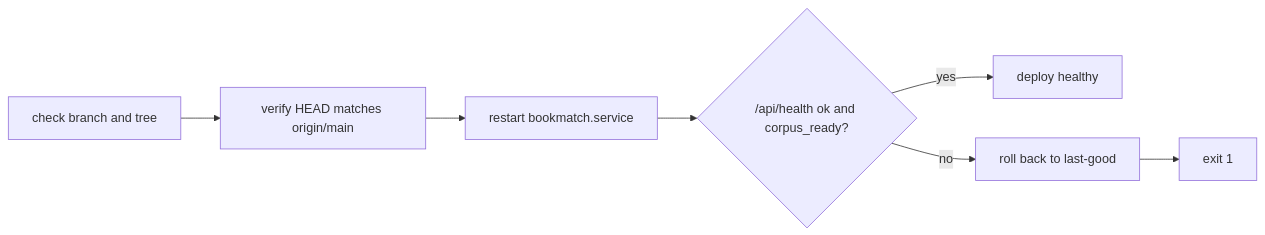
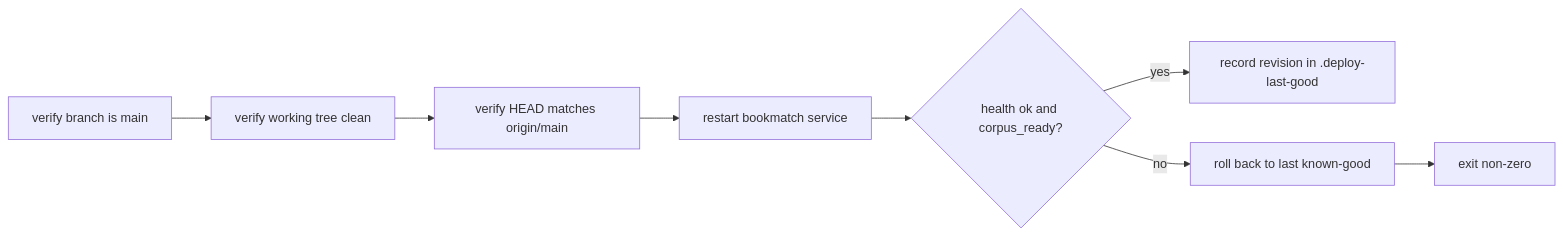
One commit to cptntrps/bookmatch changed the fourth of 4 diagrams in docs/3_WORKFLOWS.md. Above: the diagram before and after it, drawn with Mermaid. The commit also changed other lines of this file and 5 other files, not shown here.

````diff
--- a/docs/3_WORKFLOWS.md
+++ b/docs/3_WORKFLOWS.md
@@ -112,9 +107,10 @@
 ```mermaid
 graph LR
-    A[check branch and tree] --> B[verify HEAD matches origin/main]
-    B --> C[restart bookmatch.service]
-    C --> D{/api/health ok and corpus_ready?}
-    D -- yes --> E[deploy healthy]
-    D -- no --> F[roll back to last-good]
-    F --> G[exit 1]
+    A[verify branch is main] --> B[verify working tree clean]
+    B --> C[verify HEAD matches origin/main]
+    C --> D[restart bookmatch service]
+    D --> E{health ok and corpus_ready?}
+    E -- yes --> F[record revision in .deploy-last-good]
+    E -- no --> G[roll back to last known-good]
+    G --> H[exit non-zero]
 ```
````
